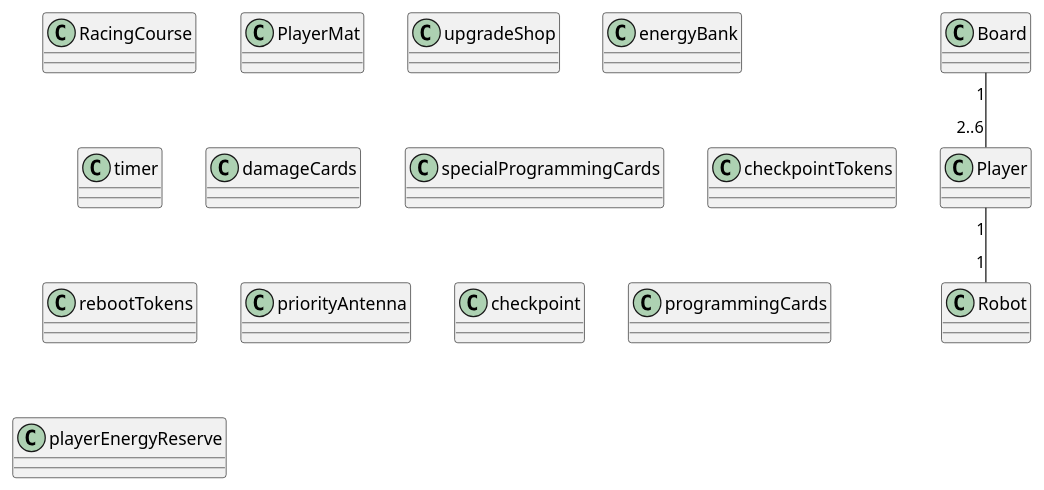
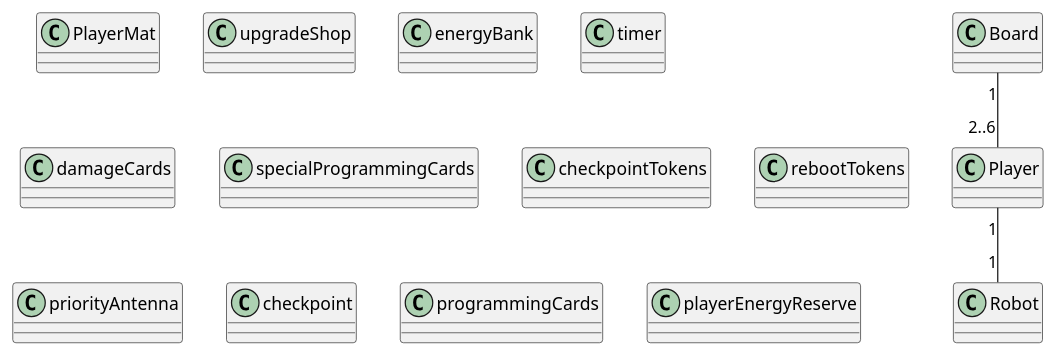
The diagram in Diagrams/ClassDiagram.puml (NegarOstad/RoboRally-Repo), drawn with PlantUML before and after one commit. The commit also changed 10 other files, not shown here.

```diff
--- a/Diagrams/ClassDiagram.puml
+++ b/Diagrams/ClassDiagram.puml
@@ -1,53 +1,49 @@
 @startuml
 
 class Board {
-
-}
-
-class RacingCourse {
 
 }
 
 class Player {
 
 }
 
 class Robot {
 
 }
 
 class PlayerMat {
 
 }
 
 class upgradeShop{
 
 }
 
 class energyBank{
 }
 
 class timer{}
 
 class damageCards{
 
 }
 
 class specialProgrammingCards{}
 
 class checkpointTokens{}
 
 class rebootTokens{}
 
 class priorityAntenna{}
 
 class checkpoint{}
 
 class programmingCards{}
 
 class playerEnergyReserve{}
 
 Board "1"--"2..6" Player
 Player "1"--"1" Robot
 
 @enduml
```
